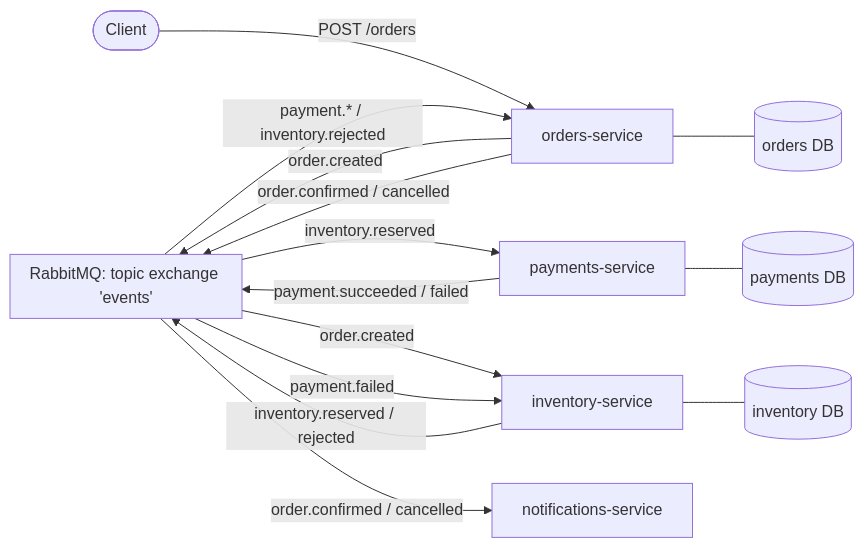
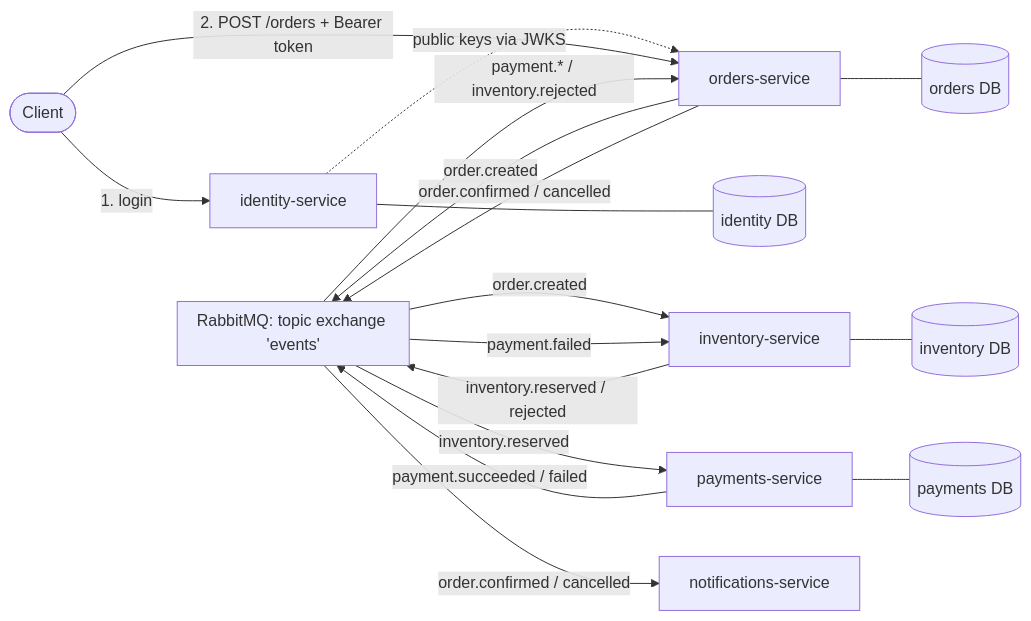
Before and after one commit to NikitaManasa/order-platform: the diagram in README.md, drawn with Mermaid. The commit also changed other lines of this file and 40 other files, not shown here.

First line of the commit message:
Phase 3: identity service, JWT auth, role-based access, file-mounted secrets

````diff
--- a/README.md
+++ b/README.md
@@ -10,18 +11,21 @@
 ```mermaid
 flowchart LR
-    client([Client]) -->|POST /orders| orders
+    client([Client]) -->|1. login| identity[identity-service]
+    identity -. public keys via JWKS .-> orders
+    client -->|2. POST /orders + Bearer token| orders
+    identity --- udb[(identity DB)]
     subgraph bus [RabbitMQ: topic exchange 'events']
     end
     orders[orders-service] -- order.created --> bus
     bus -- order.created --> inventory[inventory-service]
     inventory -- inventory.reserved / rejected --> bus
     bus -- inventory.reserved --> payments[payments-service]
     payments -- payment.succeeded / failed --> bus
     bus -- payment.failed --> inventory
     bus -- payment.* / inventory.rejected --> orders
     orders -- order.confirmed / cancelled --> bus
     bus -- order.confirmed / cancelled --> notifications[notifications-service]
     orders --- odb[(orders DB)]
     inventory --- idb[(inventory DB)]
     payments --- pdb[(payments DB)]
 ```
````
